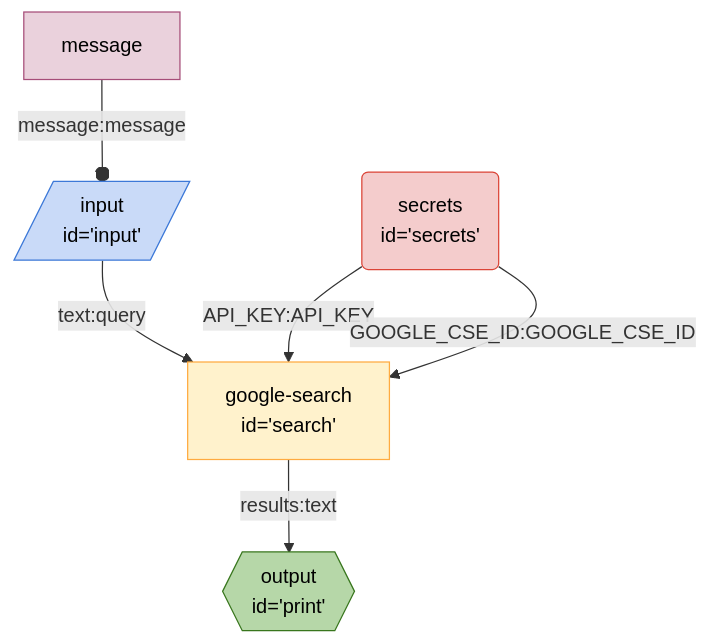
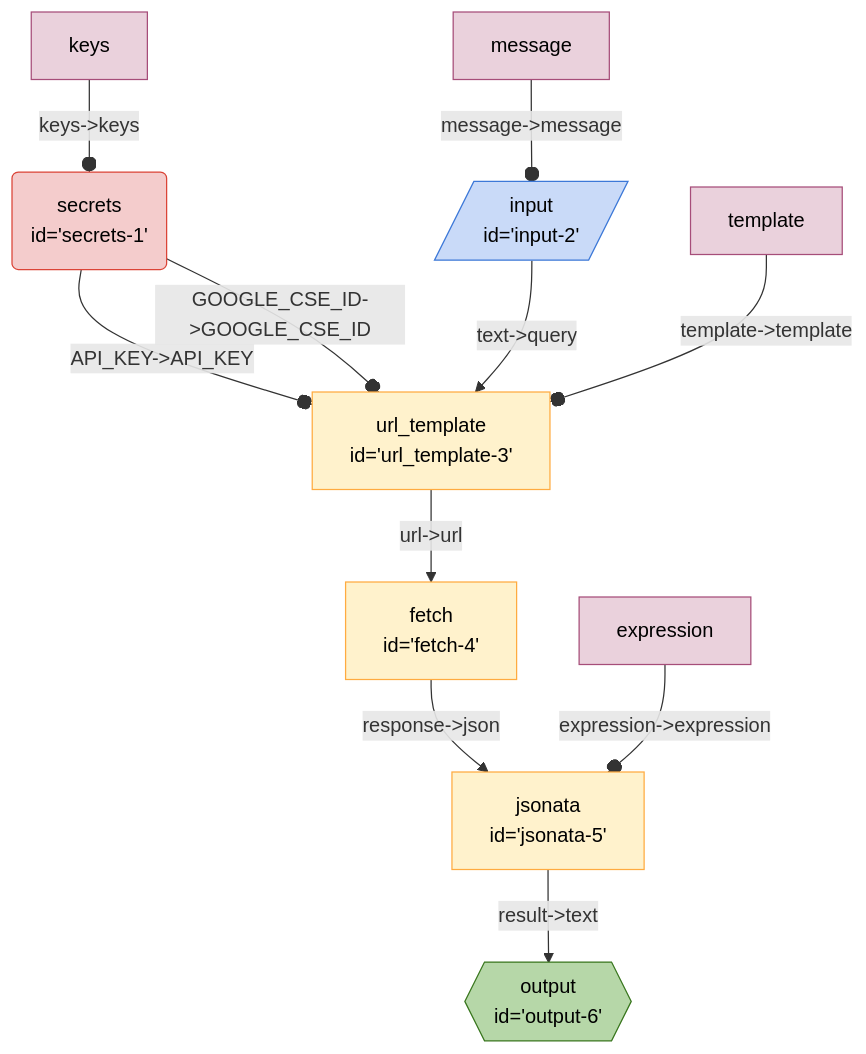
The diagram in seeds/graph-playground/docs/graphs/just-search.md (breadboard-ai/breadboard), drawn with Mermaid before and after one commit. The commit also changed other lines of this file and 3 other files, not shown here.

First line of the commit message:
[graph-playground] Generate `just-search`.

````diff
--- a/seeds/graph-playground/docs/graphs/just-search.md
+++ b/seeds/graph-playground/docs/graphs/just-search.md
@@ -4,25 +5,34 @@
-```mermaid
-%%{init: 'themeVariables': { 'fontFamily': 'Fira Code, monospace' }}%%
+  ```mermaid
+  %%{init: 'themeVariables': { 'fontFamily': 'Fira Code, monospace' }}%%
 graph TD;
-input[/"input
-id='input'"/]:::input -- text:query --> search["google-search
-id='search'"]
-secrets("secrets
-id='secrets'"):::secrets -- API_KEY:API_KEY --> search["google-search
-id='search'"]
-secrets("secrets
-id='secrets'"):::secrets -- GOOGLE_CSE_ID:GOOGLE_CSE_ID --> search["google-search
-id='search'"]
-search["google-search
-id='search'"] -- results:text --> print{{"output
-id='print'"}}:::output
-messageinput[message]:::config -- message:message --o input
+secrets1("secrets
+id='secrets-1'"):::secrets -- "API_KEY->API_KEY" --o url_template3["url_template
+id='url_template-3'"]
+secrets1("secrets
+id='secrets-1'"):::secrets -- "GOOGLE_CSE_ID->GOOGLE_CSE_ID" --o url_template3["url_template
+id='url_template-3'"]
+jsonata5["jsonata
+id='jsonata-5'"] -- "result->text" --> output6{{"output
+id='output-6'"}}:::output
+fetch4["fetch
+id='fetch-4'"] -- "response->json" --> jsonata5["jsonata
+id='jsonata-5'"]
+url_template3["url_template
+id='url_template-3'"] -- "url->url" --> fetch4["fetch
+id='fetch-4'"]
+input2[/"input
+id='input-2'"/]:::input -- "text->query" --> url_template3["url_template
+id='url_template-3'"]
+keyssecrets1[keys]:::config -- "keys->keys" --o secrets1
+messageinput2[message]:::config -- "message->message" --o input2
+templateurl_template3[template]:::config -- "template->template" --o url_template3
+expressionjsonata5[expression]:::config -- "expression->expression" --o jsonata5
 classDef default stroke:#ffab40,fill:#fff2ccff,color:#000
 classDef input stroke:#3c78d8,fill:#c9daf8ff,color:#000
 classDef output stroke:#38761d,fill:#b6d7a8ff,color:#000
 classDef passthrough stroke:#a64d79,fill:#ead1dcff,color:#000
 classDef slot stroke:#a64d79,fill:#ead1dcff,color:#000
 classDef config stroke:#a64d79,fill:#ead1dcff,color:#000
 classDef secrets stroke:#db4437,fill:#f4cccc,color:#000
 classDef slotted stroke:#a64d79
-```
+  ```
````
